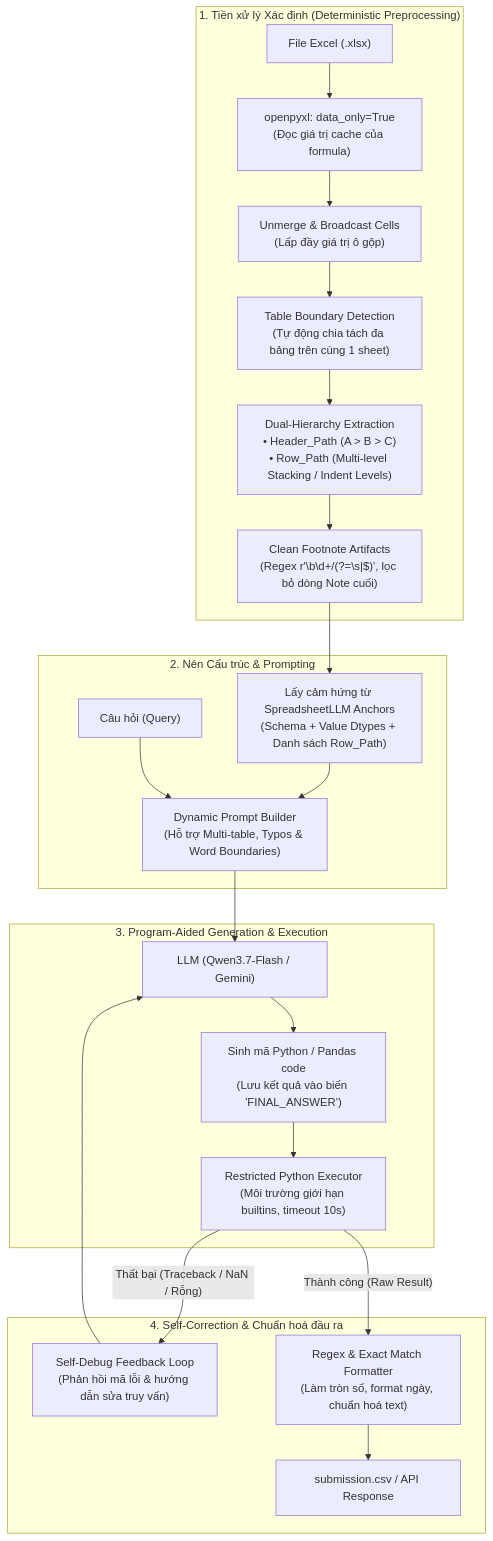
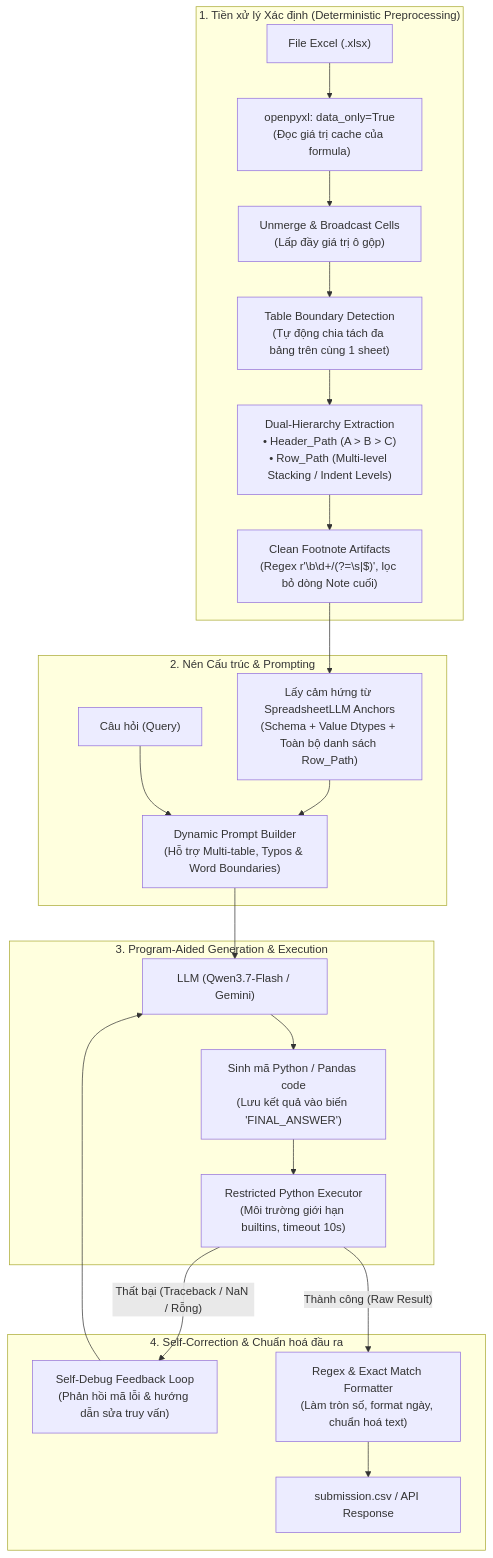
The diagram in README.md (daFoggo/round-1), drawn with Mermaid before and after one commit. The commit also changed other lines of this file, not shown here.

````diff
--- a/README.md
+++ b/README.md
@@ -9,29 +9,29 @@
 ```mermaid
 flowchart TD
     subgraph S1["1. Tiền xử lý Xác định (Deterministic Preprocessing)"]
         F["File Excel (.xlsx)"] --> P1["openpyxl: data_only=True<br/>(Đọc giá trị cache của formula)"]
         P1 --> P2["Unmerge & Broadcast Cells<br/>(Lấp đầy giá trị ô gộp)"]
         P2 --> P3["Table Boundary Detection<br/>(Tự động chia tách đa bảng trên cùng 1 sheet)"]
         P3 --> P4["Dual-Hierarchy Extraction<br/>• Header_Path (A > B > C)<br/>• Row_Path (Multi-level Stacking / Indent Levels)"]
         P4 --> P5["Clean Footnote Artifacts<br/>(Regex r'\b\d+/(?=\s|$)', lọc bỏ dòng Note cuối)"]
     end
 
     subgraph S2["2. Nén Cấu trúc & Prompting"]
-        P5 --> C1["Lấy cảm hứng từ SpreadsheetLLM Anchors<br/>(Schema + Value Dtypes + Danh sách Row_Path)"]
+        P5 --> C1["Lấy cảm hứng từ SpreadsheetLLM Anchors<br/>(Schema + Value Dtypes + Toàn bộ danh sách Row_Path)"]
         C1 --> PR["Dynamic Prompt Builder<br/>(Hỗ trợ Multi-table, Typos & Word Boundaries)"]
         Q["Câu hỏi (Query)"] --> PR
     end
 
     subgraph S3["3. Program-Aided Generation & Execution"]
         PR --> LLM["LLM (Qwen3.7-Flash / Gemini)"]
         LLM --> CODE["Sinh mã Python / Pandas code<br/>(Lưu kết quả vào biến 'FINAL_ANSWER')"]
         CODE --> EXEC["Restricted Python Executor<br/>(Môi trường giới hạn builtins, timeout 10s)"]
     end
 
     subgraph S4["4. Self-Correction & Chuẩn hoá đầu ra"]
         EXEC -- "Thất bại (Traceback / NaN / Rỗng)" --> FEEDBACK["Self-Debug Feedback Loop<br/>(Phản hồi mã lỗi & hướng dẫn sửa truy vấn)"]
         FEEDBACK --> LLM
         EXEC -- "Thành công (Raw Result)" --> FMT["Regex & Exact Match Formatter<br/>(Làm tròn số, format ngày, chuẩn hoá text)"]
         FMT --> OUT["submission.csv / API Response"]
     end
 ```
````
